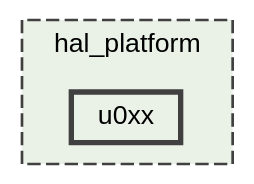
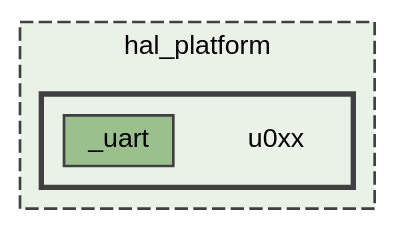
The diagram in dir_e6e81f65b81118890ab216e7e6c72be2_dep.dot (ebs-universe/piolib-hal-uc-stm32), drawn with Graphviz before and after one commit. The commit also changed 438 other files, not shown here.

```diff
--- a/dir_e6e81f65b81118890ab216e7e6c72be2_dep.dot
+++ b/dir_e6e81f65b81118890ab216e7e6c72be2_dep.dot
@@ -1,13 +1,17 @@
 digraph "hal_platform/u0xx"
 {
  // INTERACTIVE_SVG=YES
  // LATEX_PDF_SIZE
   bgcolor="transparent";
   edge [fontname=Helvetica,fontsize=10,labelfontname=Helvetica,labelfontsize=10];
   node [fontname=Helvetica,fontsize=10,shape=box,height=0.2,width=0.4];
   compound=true
   subgraph clusterdir_7da9fa3e46f3496e22e0d53e72e5a458 {
     graph [ bgcolor="#eaf2e7", pencolor="grey25", label="hal_platform", fontname=Helvetica,fontsize=10 style="filled,dashed", URL="dir_7da9fa3e46f3496e22e0d53e72e5a458.html",tooltip=""]
-  dir_e6e81f65b81118890ab216e7e6c72be2 [label="u0xx", fillcolor="#eaf2e7", color="grey25", style="filled,bold", URL="dir_e6e81f65b81118890ab216e7e6c72be2.html",tooltip=""];
+  subgraph clusterdir_e6e81f65b81118890ab216e7e6c72be2 {
+    graph [ bgcolor="#eaf2e7", pencolor="grey25", label="", fontname=Helvetica,fontsize=10 style="filled,bold", URL="dir_e6e81f65b81118890ab216e7e6c72be2.html",tooltip=""]
+    dir_e6e81f65b81118890ab216e7e6c72be2 [shape=plaintext, label="u0xx"];
+  dir_f9bac1dc5d25c529cb9049867e3a7842 [label="_uart", fillcolor="#9ac18c", color="grey25", style="filled", URL="dir_f9bac1dc5d25c529cb9049867e3a7842.html",tooltip=""];
+  }
   }
 }
```
